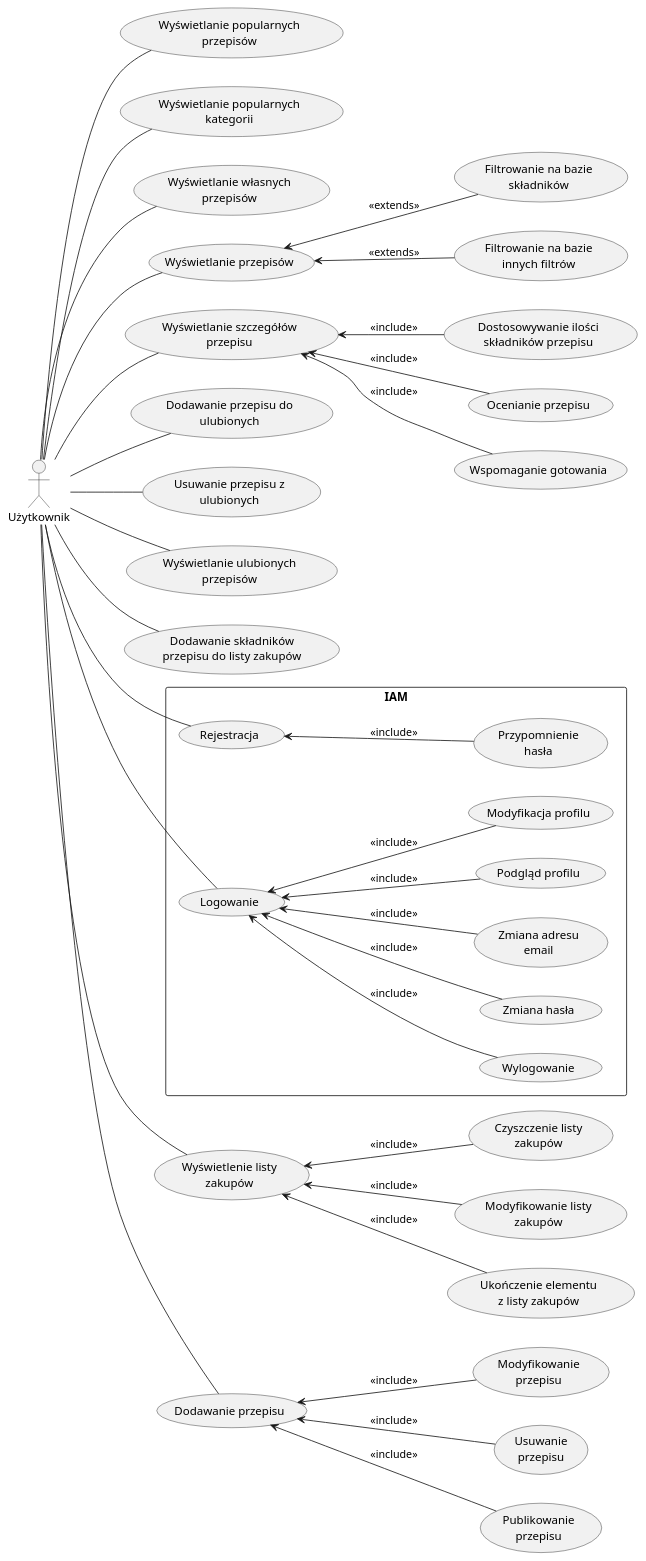
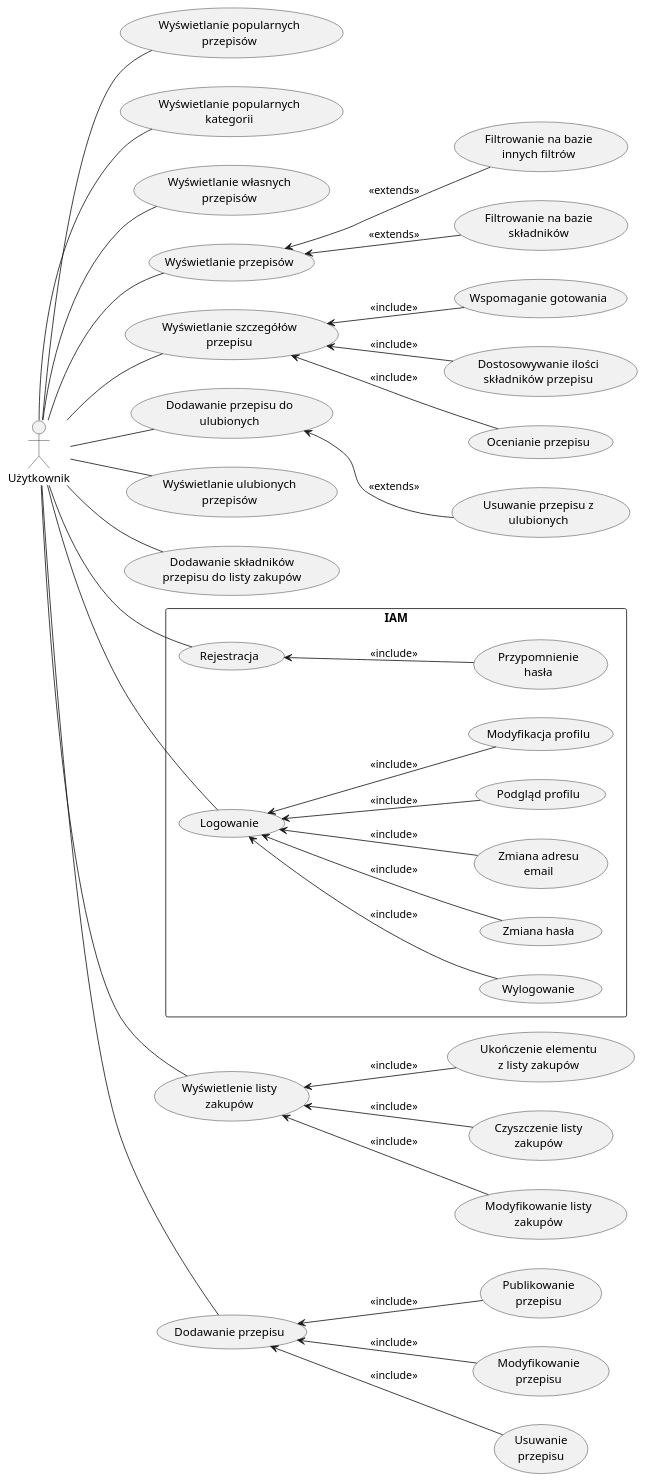
Before and after one commit to oskarski/inzynierka: the diagram in docs/use-case.puml, drawn with PlantUML.

Commit message:
added proper extension for removing recipe from favourite

```diff
--- a/docs/use-case.puml
+++ b/docs/use-case.puml
@@ -1,82 +1,82 @@
 @startuml
 left to right direction
 
 actor "Użytkownik" as user
 
 rectangle IAM {
     usecase "Rejestracja" as iam_register
     usecase "Logowanie" as iam_login
     usecase "Przypomnienie\nhasła" as iam_forgot_password
     usecase "Wylogowanie" as iam_logout
     usecase "Zmiana hasła" as iam_password_change
     usecase "Zmiana adresu\nemail" as iam_email_change
     usecase "Podgląd profilu" as iam_me_details
     usecase "Modyfikacja profilu" as iam_me_edit
 }
 
 usecase "Wyświetlanie popularnych\nprzepisów" as home_popular_recipes
 usecase "Wyświetlanie popularnych\nkategorii" as home_popular_categories
 usecase "Wyświetlanie własnych\nprzepisów" as home_my_recipes
 
 usecase "Wyświetlanie przepisów" as recipes
 usecase "Filtrowanie na bazie\nskładników" as filter_recipes_by_ingredients
 usecase "Filtrowanie na bazie\ninnych filtrów" as filter_recipes_by_filters
 
 usecase "Wyświetlanie szczegółów\nprzepisu" as recipe_details
 usecase "Dostosowywanie ilości\nskładników przepisu" as recipe_details_adjust_quantity
 usecase "Ocenianie przepisu" as recipe_details_rate
 usecase "Wspomaganie gotowania" as recipe_details_cooking_mode
 
 usecase "Dodawanie przepisu do\nulubionych" as add_recipe_to_favourite
 usecase "Usuwanie przepisu z\nulubionych" as remove_recipe_from_favourite
 usecase "Wyświetlanie ulubionych\nprzepisów" as favourite_recipes
 
 usecase "Dodawanie składników\nprzepisu do listy zakupów" as add_recipe_ingredients_to_shopping_list
 usecase "Wyświetlenie listy\nzakupów" as shopping_list
 usecase "Czyszczenie listy\nzakupów" as shopping_list_clear
 usecase "Modyfikowanie listy\nzakupów" as shopping_list_edit
 usecase "Ukończenie elementu\nz listy zakupów" as shopping_list_complete
 
 usecase "Dodawanie przepisu" as add_recipe
 usecase "Modyfikowanie\nprzepisu" as edit_recipe
 usecase "Usuwanie\nprzepisu" as delete_recipe
 usecase "Publikowanie\nprzepisu" as publish_recipe
 
 user -- iam_register
 user -- iam_login
 iam_register <-- iam_forgot_password : <<include>>
 iam_login <-- iam_logout : <<include>>
 iam_login <-- iam_password_change : <<include>>
 iam_login <-- iam_email_change : <<include>>
 iam_login <-- iam_me_details : <<include>>
 iam_login <-- iam_me_edit : <<include>>
 
 user -- home_popular_recipes
 user -- home_popular_categories
 user -- home_my_recipes
 
 user -- recipes
 recipes <-- filter_recipes_by_ingredients : <<extends>>
 recipes <-- filter_recipes_by_filters  : <<extends>>
 
 
 user -- recipe_details
 recipe_details <-- recipe_details_adjust_quantity : <<include>>
 recipe_details <-- recipe_details_rate : <<include>>
 recipe_details <-- recipe_details_cooking_mode : <<include>>
 
 user -- add_recipe_to_favourite
-user -- remove_recipe_from_favourite
+add_recipe_to_favourite <-- remove_recipe_from_favourite : <<extends>>
 user -- favourite_recipes
 
 user -- add_recipe_ingredients_to_shopping_list
 user -- shopping_list
 shopping_list <-- shopping_list_clear : <<include>>
 shopping_list <-- shopping_list_edit : <<include>>
 shopping_list <-- shopping_list_complete : <<include>>
 
 user -- add_recipe
 add_recipe <-- publish_recipe : <<include>>
 add_recipe <-- edit_recipe : <<include>>
 add_recipe <-- delete_recipe : <<include>>
 @enduml
```
